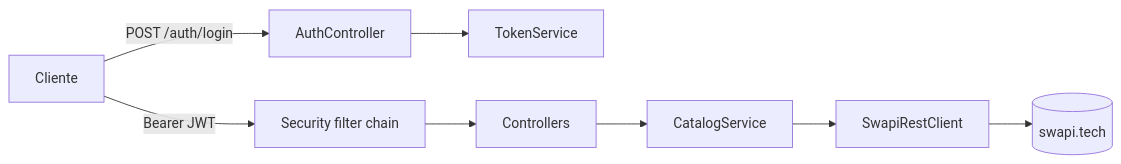
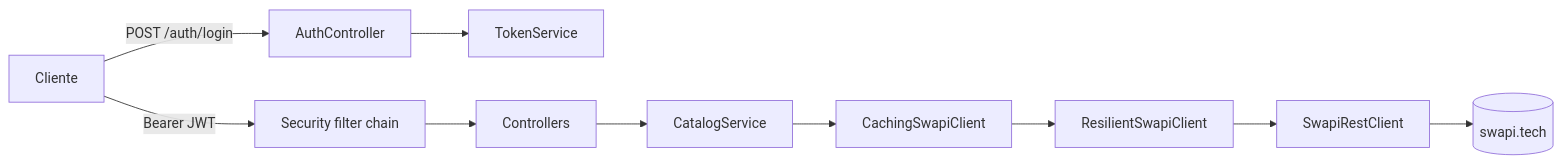
One commit to MaximilianoTRZ/star-wars-api changed the diagram in README.md. Above: the diagram before and after it, drawn with Mermaid. The commit also changed other lines of this file and 17 other files, not shown here.

Commit message:
feat: Fase 2 - add cache and resilience to swapi client (#12)

````diff
--- a/README.md
+++ b/README.md
@@ -207,6 +235,6 @@
 ```mermaid
 flowchart LR
     C[Cliente] -->|Bearer JWT| S[Security filter chain]
     C -->|POST /auth/login| A[AuthController] --> T[TokenService]
-    S --> K[Controllers] --> CS[CatalogService] --> SC[SwapiRestClient] --> X[(swapi.tech)]
+    S --> K[Controllers] --> CS[CatalogService] --> CC[CachingSwapiClient] --> R[ResilientSwapiClient] --> RC[SwapiRestClient] --> X[(swapi.tech)]
 ```
````
